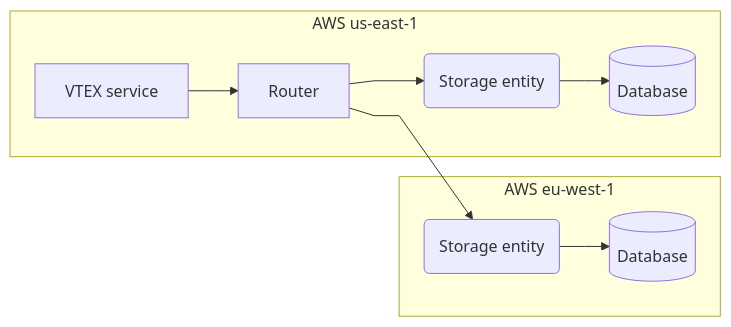
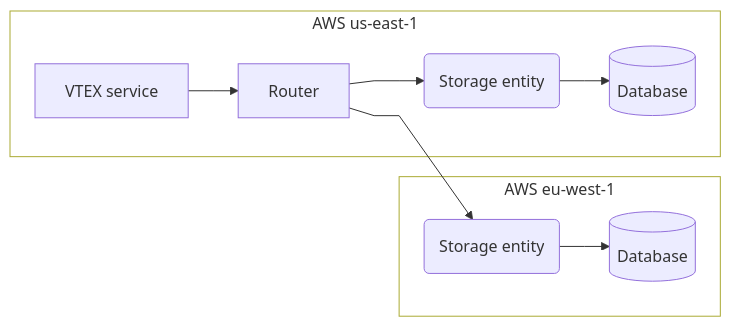
One commit to vtexdocs/dev-portal-content changed the diagram in docs/guides/Integration-Guides/data-privacy/data-residency.md. Above: the diagram before and after it, drawn with Mermaid.

````diff
--- a/docs/guides/Integration-Guides/data-privacy/data-residency.md
+++ b/docs/guides/Integration-Guides/data-privacy/data-residency.md
@@ -20,13 +20,15 @@
 ```mermaid
 %%{ init: { 'flowchart': { 'curve': 'linear' } } }%%
 flowchart LR
     subgraph us [AWS us-east-1]
         A[VTEX service] --> B[Router]
         B -->C(Storage entity)
         C -->E[(Database)]
     end
+    style us fill:#FFFFFF
     subgraph eu [AWS eu-west-1]
         D -->F[(Database)]
     end
+    style eu fill:#FFFFFF
         B -->D(Storage entity)
 ```
````
